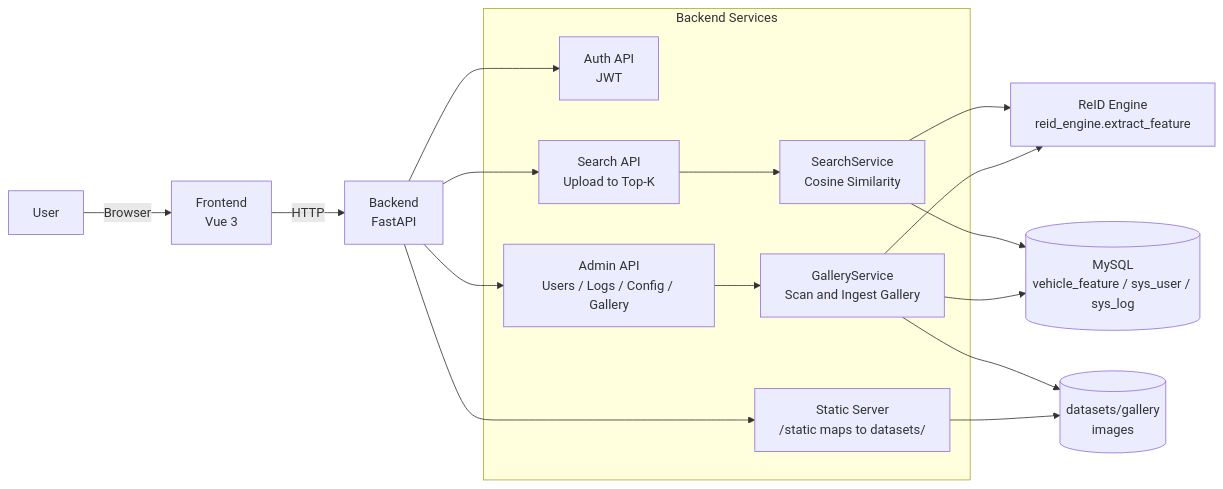
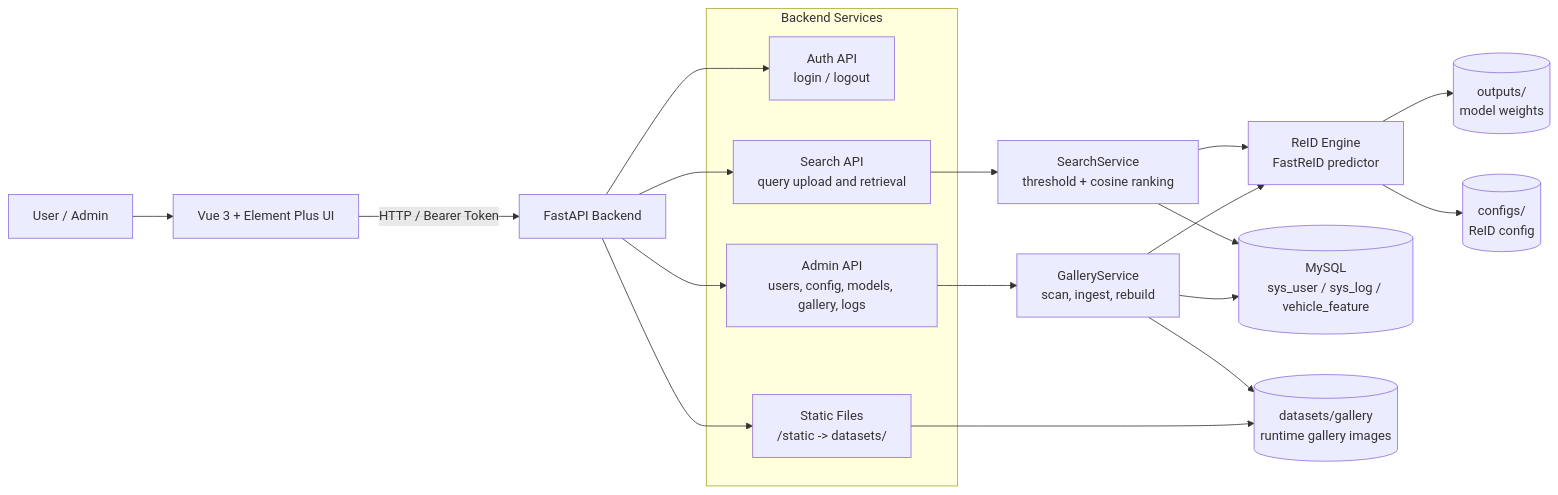
The first of 5 diagrams in readme.md (Rand0MGG/vehicle-reid-system), drawn with Mermaid before and after one commit. The commit also changed other lines of this file and 9 other files, not shown here.

````diff
--- a/readme.md
+++ b/readme.md
@@ -27,31 +56,28 @@
 ```mermaid
 flowchart LR
-  U["User"] -->|Browser| FE["Frontend<br/>Vue 3"]
-  FE -->|HTTP| BE["Backend<br/>FastAPI"]
+  User["User / Admin"] --> Browser["Vue 3 + Element Plus UI"]
+  Browser -->|"HTTP / Bearer Token"| API["FastAPI Backend"]
 
-  subgraph B["Backend Services"]
-    AUTH["Auth API<br/>JWT"]
-    ADMIN["Admin API<br/>Users / Logs / Config / Gallery"]
-    SEARCH["Search API<br/>Upload to Top-K"]
-    SVC1["SearchService<br/>Cosine Similarity"]
-    SVC2["GalleryService<br/>Scan and Ingest Gallery"]
-    STATIC["Static Server<br/>/static maps to datasets/"]
+  subgraph Backend["Backend Services"]
+    Auth["Auth API<br/>login / logout"]
+    Admin["Admin API<br/>users, config, models, gallery, logs"]
+    Search["Search API<br/>query upload and retrieval"]
+    Static["Static Files<br/>/static -> datasets/"]
   end
 
-  BE --> AUTH
-  BE --> ADMIN
-  BE --> SEARCH
-  BE --> STATIC
+  API --> Auth
+  API --> Admin
+  API --> Search
+  API --> Static
 
-  SEARCH --> SVC1
-  ADMIN --> SVC2
-
-  SVC1 --> ENGINE["ReID Engine<br/>reid_engine.extract_feature"]
-  SVC2 --> ENGINE
-
-  SVC1 --> DB[("MySQL<br/>vehicle_feature / sys_user / sys_log")]
-  SVC2 --> DB
-
-  SVC2 --> FS[("datasets/gallery<br/>images")]
-  STATIC --> FS
+  Search --> SearchService["SearchService<br/>threshold + cosine ranking"]
+  Admin --> GalleryService["GalleryService<br/>scan, ingest, rebuild"]
+  SearchService --> Engine["ReID Engine<br/>FastReID predictor"]
+  GalleryService --> Engine
+  SearchService --> DB[("MySQL<br/>sys_user / sys_log / vehicle_feature")]
+  GalleryService --> DB
+  GalleryService --> Gallery[("datasets/gallery<br/>runtime gallery images")]
+  Static --> Gallery
+  Engine --> Models[("outputs/<br/>model weights")]
+  Engine --> Configs[("configs/<br/>ReID config")]
 ```
````
